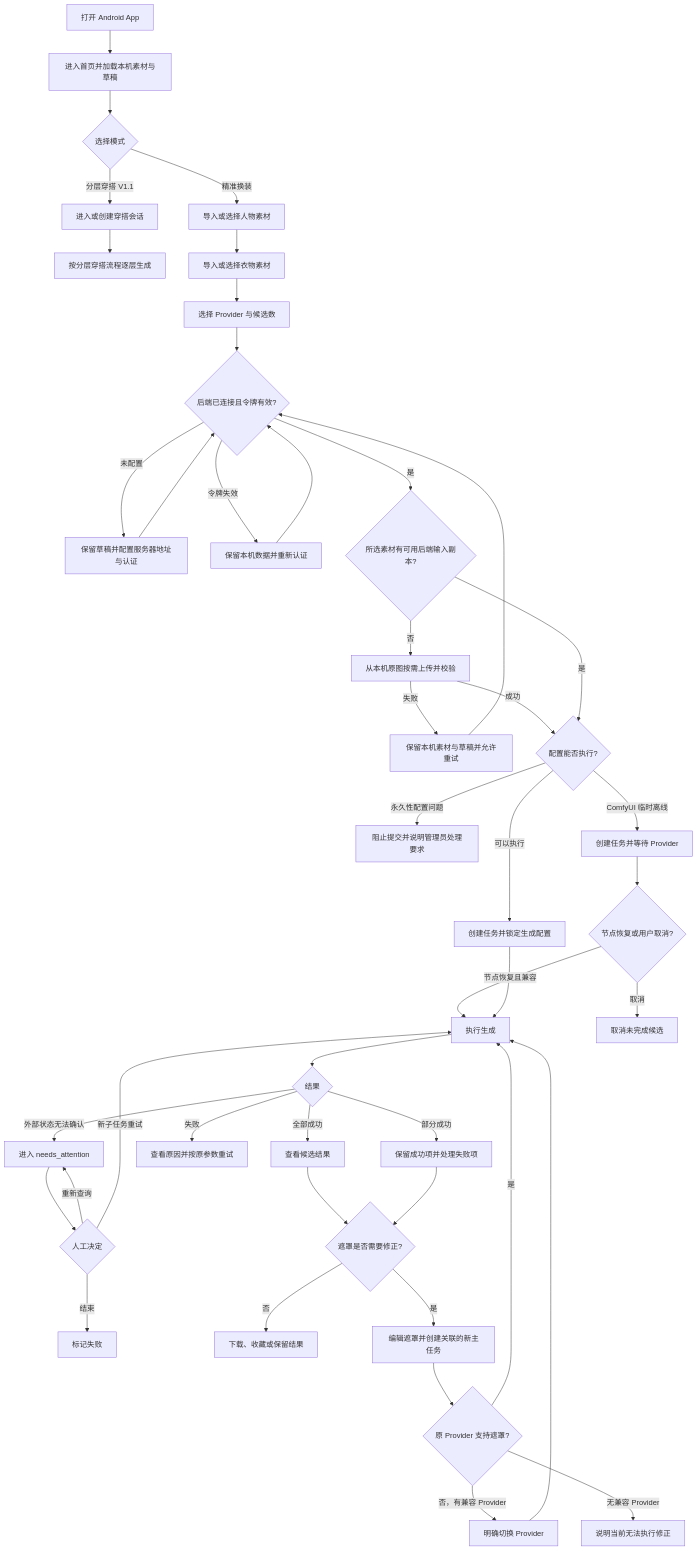
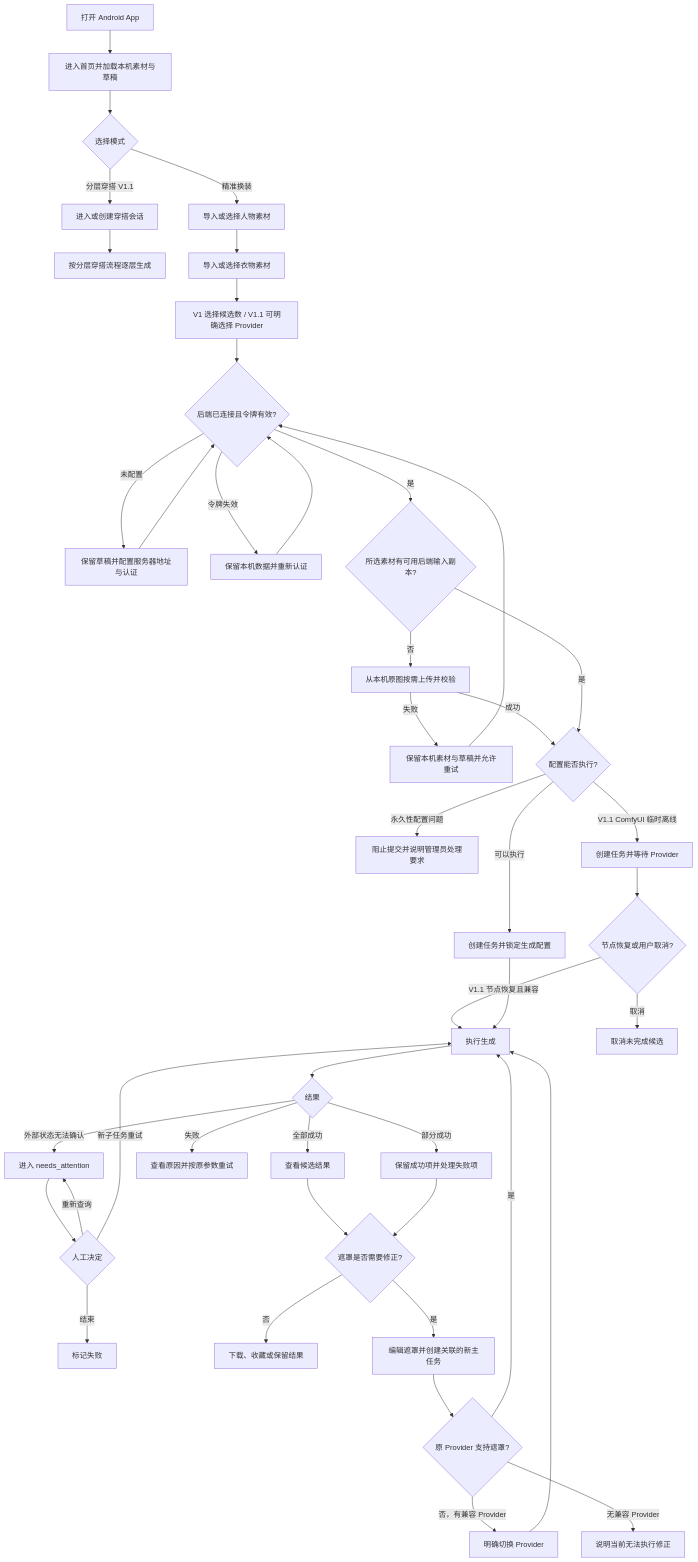
One commit to xfl187/clothes_model changed the first of 6 diagrams in docs/product-flow.md. Above: the diagram before and after it, drawn with Mermaid. The commit also changed other lines of this file and 27 other files, not shown here.

````diff
--- a/docs/product-flow.md
+++ b/docs/product-flow.md
@@ -9,50 +9,50 @@
 ```mermaid
 flowchart TD
     A[打开 Android App] --> E[进入首页并加载本机素材与草稿]
     E --> E1{选择模式}
     E1 -->|精准换装| F[导入或选择人物素材]
     E1 -->|分层穿搭 V1.1| LA[进入或创建穿搭会话]
     LA --> LB[按分层穿搭流程逐层生成]
     F --> G[导入或选择衣物素材]
-    G --> H[选择 Provider 与候选数]
+    G --> H[V1 选择候选数 / V1.1 可明确选择 Provider]
     H --> B{后端已连接且令牌有效?}
     B -->|未配置| C[保留草稿并配置服务器地址与认证]
     B -->|令牌失效| D[保留本机数据并重新认证]
     C --> B
     D --> B
     B -->|是| BC{所选素材有可用后端输入副本?}
     BC -->|否| BD[从本机原图按需上传并校验]
     BD -->|失败| BE[保留本机素材与草稿并允许重试]
     BE --> B
     BD -->|成功| I{配置能否执行?}
     BC -->|是| I
     I -->|永久性配置问题| J[阻止提交并说明管理员处理要求]
-    I -->|ComfyUI 临时离线| K[创建任务并等待 Provider]
+    I -->|V1.1 ComfyUI 临时离线| K[创建任务并等待 Provider]
     I -->|可以执行| L[创建任务并锁定生成配置]
 
     K --> M{节点恢复或用户取消?}
-    M -->|节点恢复且兼容| N[执行生成]
+    M -->|V1.1 节点恢复且兼容| N[执行生成]
     M -->|取消| O[取消未完成候选]
     L --> N
 
     N --> P{结果}
     P -->|全部成功| Q[查看候选结果]
     P -->|部分成功| R[保留成功项并处理失败项]
     P -->|失败| S[查看原因并按原参数重试]
     P -->|外部状态无法确认| T[进入 needs_attention]
 
     T --> U{人工决定}
     U -->|重新查询| T
     U -->|新子任务重试| N
     U -->|结束| V[标记失败]
 
     Q --> W{遮罩是否需要修正?}
     R --> W
     W -->|否| X[下载、收藏或保留结果]
     W -->|是| Y[编辑遮罩并创建关联的新主任务]
     Y --> Z{原 Provider 支持遮罩?}
     Z -->|是| N
     Z -->|否，有兼容 Provider| AA[明确切换 Provider]
     AA --> N
     Z -->|无兼容 Provider| AB[说明当前无法执行修正]
 ```
````
